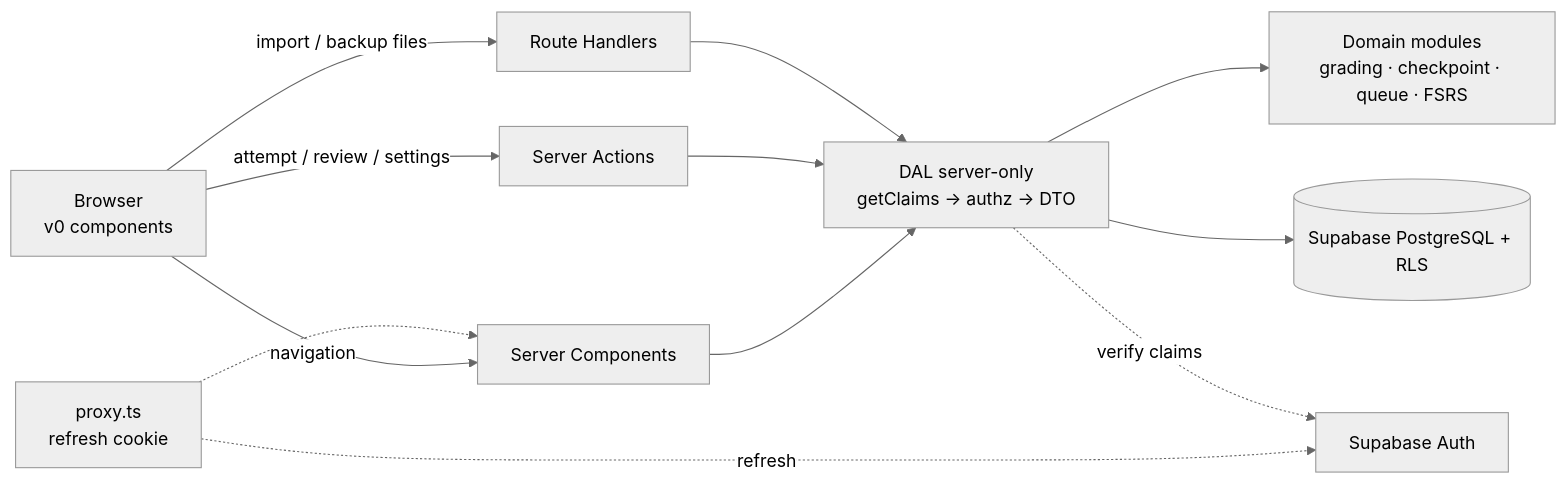
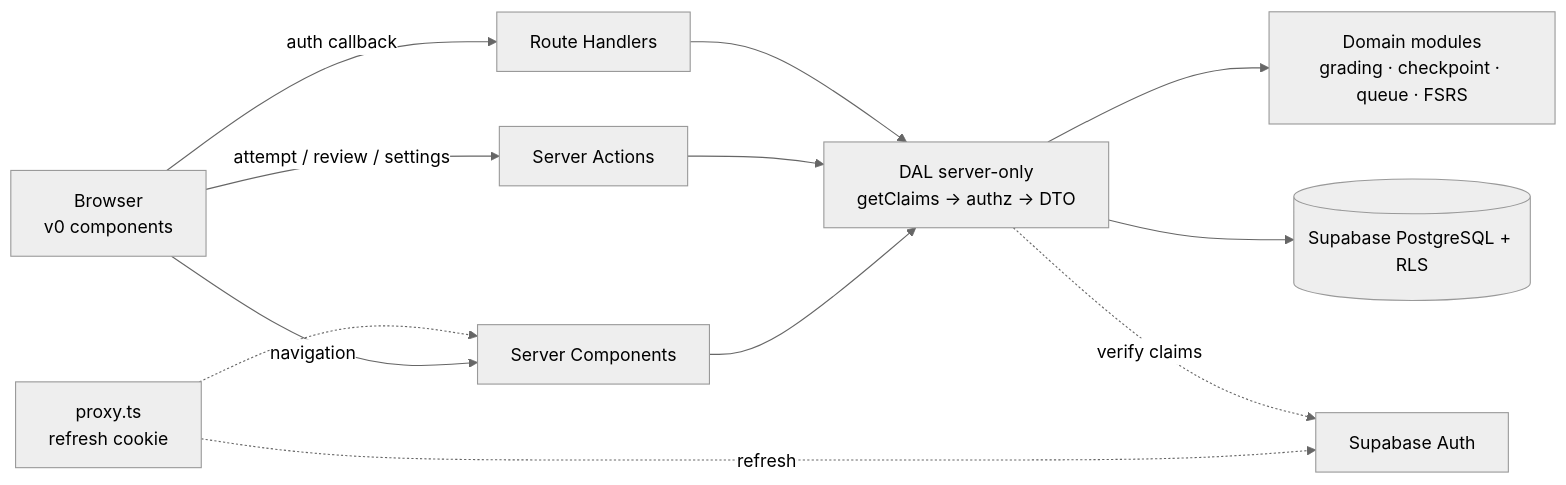
The fifth of 6 diagrams in docs/PROJECT_SPEC.md (Pabh3725/japanese-learning-app), drawn with Mermaid (neutral theme) before and after one commit. The commit also changed other lines of this file and 1 other file, not shown here.

````diff
--- a/docs/PROJECT_SPEC.md
+++ b/docs/PROJECT_SPEC.md
@@ -684,14 +745,14 @@
 ```mermaid
 flowchart LR
     B[Browser<br/>v0 components] -- "navigation" --> SC[Server Components]
     B -- "attempt / review / settings" --> SA[Server Actions]
-    B -- "import / backup files" --> RH[Route Handlers]
+    B -- "auth callback" --> RH[Route Handlers]
     PX[proxy.ts<br/>refresh cookie] -.-> SC
     SC --> DAL[DAL server-only<br/>getClaims → authz → DTO]
     SA --> DAL
     RH --> DAL
     DAL --> DOM[Domain modules<br/>grading · checkpoint · queue · FSRS]
     DAL --> SB[(Supabase PostgreSQL + RLS)]
     PX -. refresh .-> AUTH[Supabase Auth]
     DAL -. verify claims .-> AUTH
 ```
````
